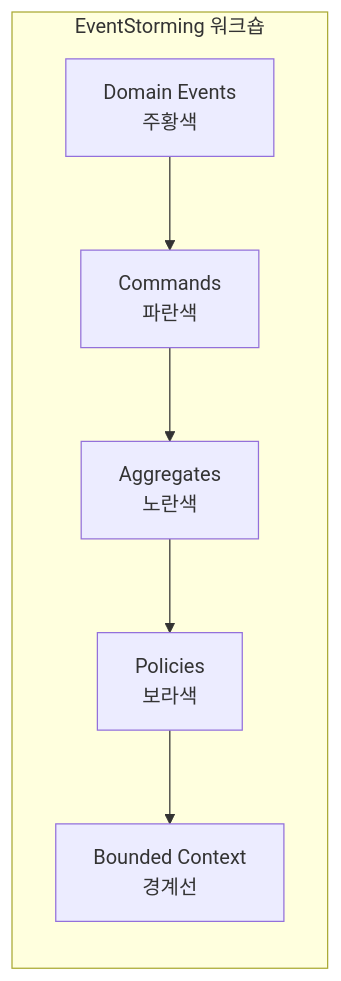
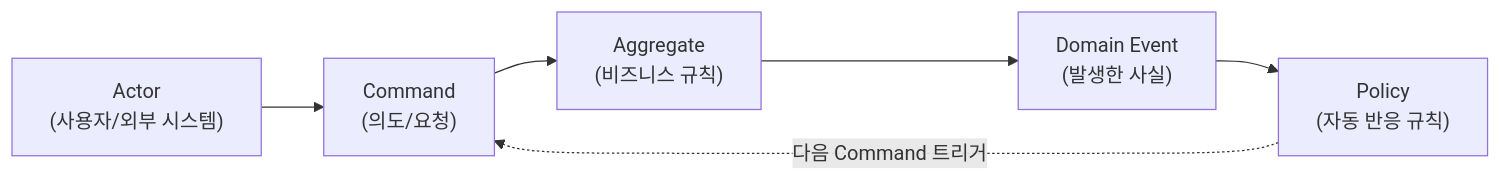
One commit to advanced-beginner/advanced-beginner.github.io changed diagram 18 of 20 in content/ko/docs/ddd/concepts/strategic-design.md. Above: the diagram before and after it, drawn with Mermaid. The commit also changed other lines of this file, not shown here.

First line of the commit message:
docs: EventStorming 섹션 내용 보강 및 다이어그램 개선

````diff
--- a/content/ko/docs/ddd/concepts/strategic-design.md
+++ b/content/ko/docs/ddd/concepts/strategic-design.md
@@ -812,12 +820,11 @@
 ```mermaid
 flowchart LR
-    subgraph Workshop["EventStorming 워크숍"]
-        E[Domain Events<br>주황색]
-        C[Commands<br>파란색]
-        A[Aggregates<br>노란색]
-        P[Policies<br>보라색]
-        BC[Bounded Context<br>경계선]
-    end
+    A["Actor<br>(사용자/외부 시스템)"]
+    CMD["Command<br>(의도/요청)"]
+    AGG["Aggregate<br>(비즈니스 규칙)"]
+    EVT["Domain Event<br>(발생한 사실)"]
+    POL["Policy<br>(자동 반응 규칙)"]
 
-    E --> C --> A --> P --> BC
+    A --> CMD --> AGG --> EVT --> POL
+    POL -.->|"다음 Command 트리거"| CMD
 ```
````
